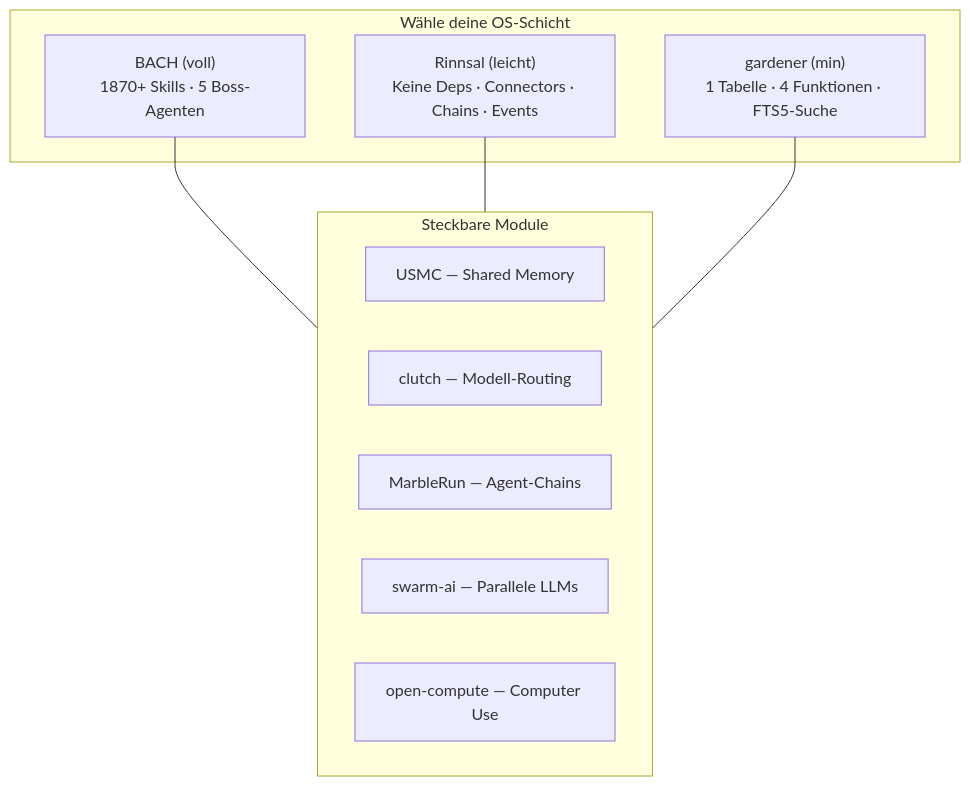
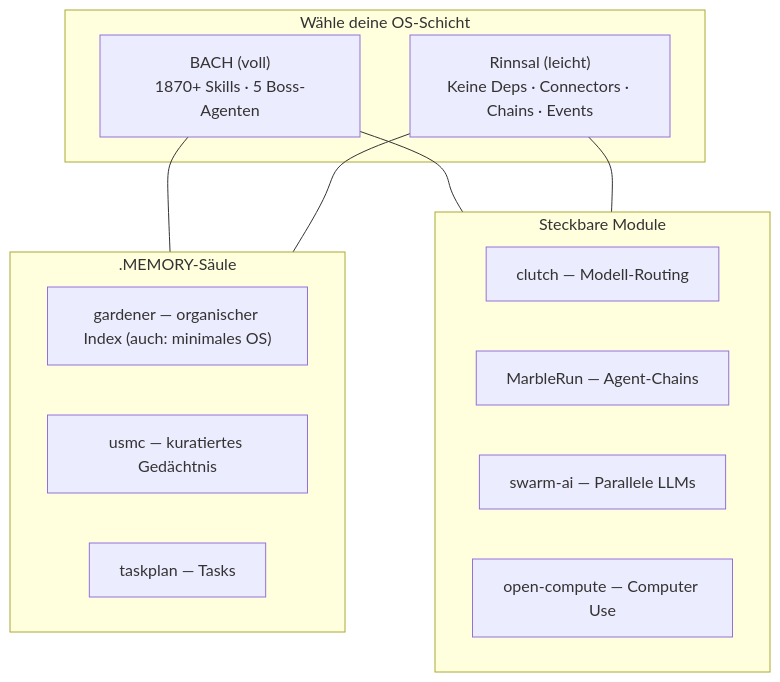
Before and after one commit to ellmos-ai/.github: the diagram in profile/README_de.md, drawn with Mermaid. The commit also changed other lines of this file and 2 other files, not shown here.

First line of the commit message:
docs: reposition gardener as .MEMORY pillar member, add Stacks section, refresh repo index

````diff
--- a/profile/README_de.md
+++ b/profile/README_de.md
@@ -119,18 +135,22 @@
 ```mermaid
 flowchart TD
   subgraph OS["Wähle deine OS-Schicht"]
     BACH["BACH (voll)<br/>1870+ Skills · 5 Boss-Agenten"]
     RIN["Rinnsal (leicht)<br/>Keine Deps · Connectors · Chains · Events"]
-    GAR["gardener (min)<br/>1 Tabelle · 4 Funktionen · FTS5-Suche"]
+  end
+  subgraph MEM[".MEMORY-Säule"]
+    GAR["gardener — organischer Index (auch: minimales OS)"]
+    USMC["usmc — kuratiertes Gedächtnis"]
+    TASK["taskplan — Tasks"]
   end
   subgraph MOD["Steckbare Module"]
-    USMC["USMC — Shared Memory"]
     CLUTCH["clutch — Modell-Routing"]
     MARBLE["MarbleRun — Agent-Chains"]
     SWARM["swarm-ai — Parallele LLMs"]
     OCOMP["open-compute — Computer Use"]
   end
+  BACH --- MEM
+  RIN --- MEM
   BACH --- MOD
   RIN --- MOD
-  GAR --- MOD
 ```
````
